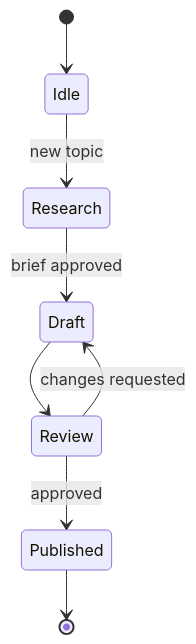
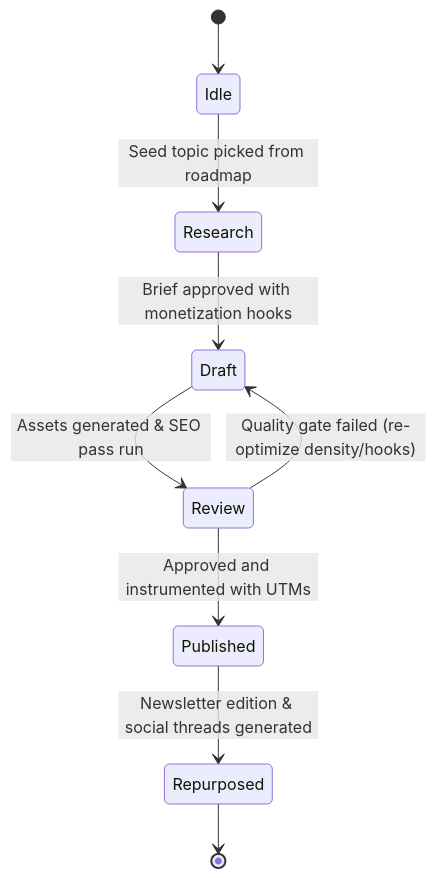
The fourth of 4 diagrams in README.md (holman57/distributed-content-management), drawn with Mermaid before and after one commit. The commit also changed other lines of this file and 33 other files, not shown here.

````diff
--- a/README.md
+++ b/README.md
@@ -21,10 +184,11 @@
 ```mermaid
 stateDiagram-v2
     [*] --> Idle
-    Idle --> Research : new topic
-    Research --> Draft : brief approved
-    Draft --> Review
-    Review --> Draft : changes requested
-    Review --> Published : approved
-    Published --> [*]
+    Idle --> Research : Seed topic picked from roadmap
+    Research --> Draft : Brief approved with monetization hooks
+    Draft --> Review : Assets generated & SEO pass run
+    Review --> Draft : Quality gate failed (re-optimize density/hooks)
+    Review --> Published : Approved and instrumented with UTMs
+    Published --> Repurposed : Newsletter edition & social threads generated
+    Repurposed --> [*]
 ```
````
